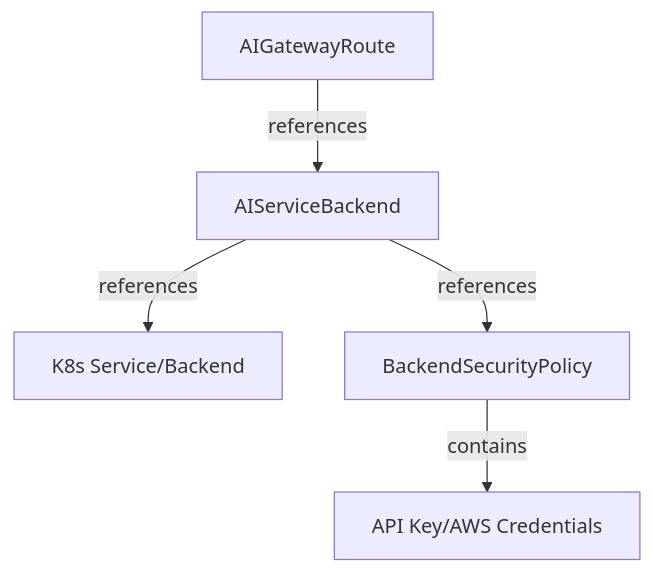
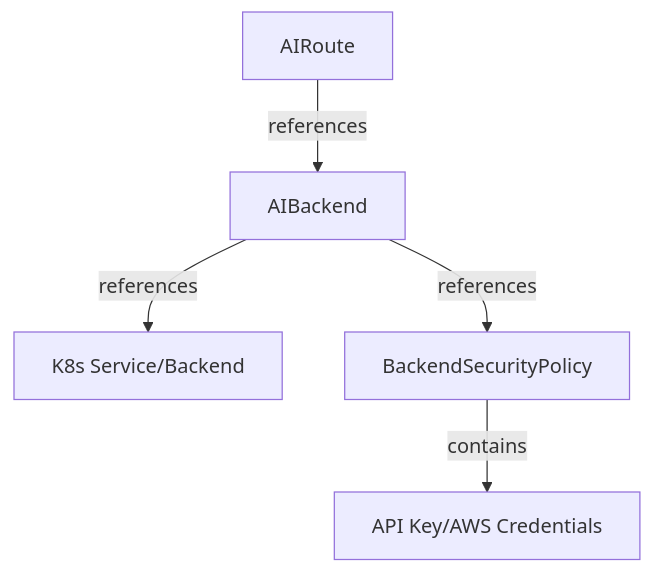
Before and after one commit to envoyproxy/ai-gateway: the diagram in site/docs/concepts/resources.md, drawn with Mermaid. The commit also changed other lines of this file and 53 other files, not shown here.

Commit message:
refactor: simplify aigw api to airoute and aibackend

````diff
--- a/site/docs/concepts/resources.md
+++ b/site/docs/concepts/resources.md
@@ -46,7 +46,7 @@
 ```mermaid
 graph TD
-    A[AIGatewayRoute] -->|references| B[AIServiceBackend]
+    A[AIRoute] -->|references| B[AIBackend]
     B -->|references| C[K8s Service/Backend]
     B -->|references| D[BackendSecurityPolicy]
     D -->|contains| E[API Key/AWS Credentials]
 ```
````
